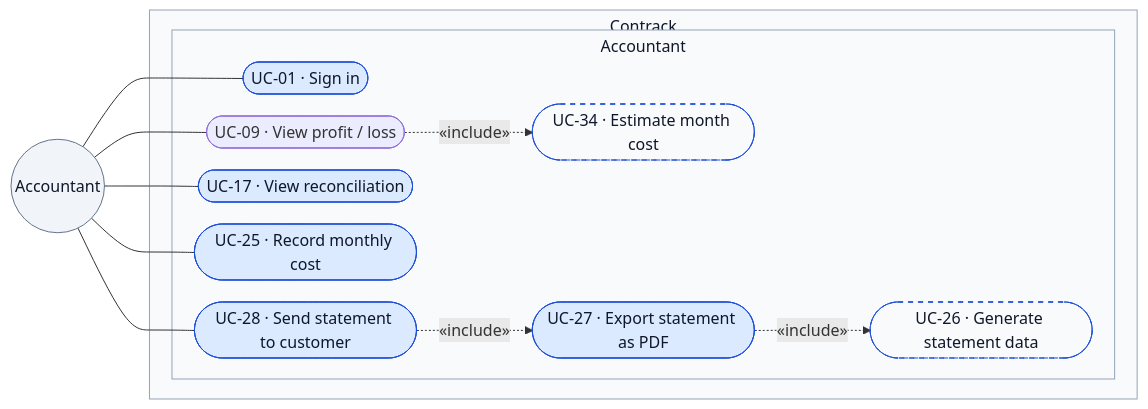
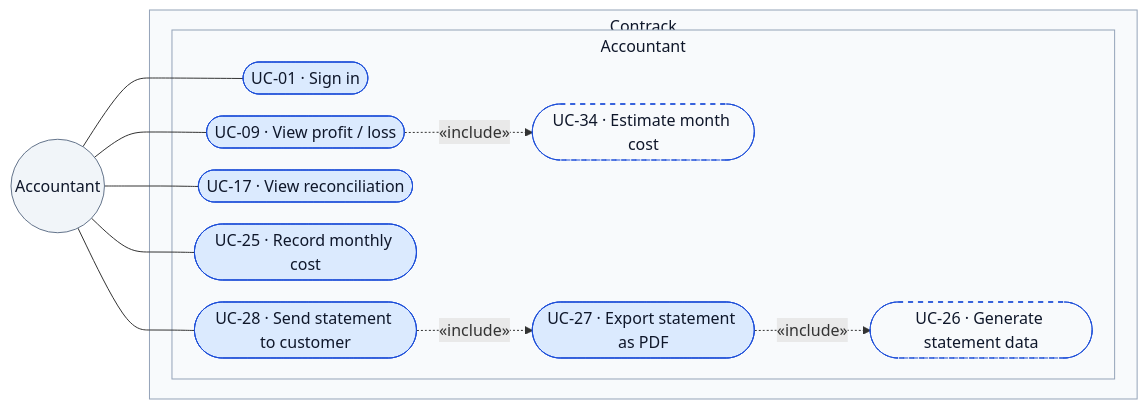
One commit to dDxCg/contrack changed the fourth of 7 diagrams in docs/01-requirements-analysis.md. Above: the diagram before and after it, drawn with Mermaid. The commit also changed other lines of this file and 2 other files, not shown here.

Commit message:
redraw use case diagrams

````diff
--- a/docs/01-requirements-analysis.md
+++ b/docs/01-requirements-analysis.md
@@ -276,44 +243,44 @@
 ```mermaid
 ---
 config:
   flowchart:
     nodeSpacing: 22
     rankSpacing: 45
     padding: 8
     subGraphTitleMargin: { top: 4, bottom: 4 }
 ---
 flowchart LR
     Accountant((Accountant))
 
     subgraph Contrack["Contrack"]
         subgraph AccountantBox["Accountant"]
             A_Login(["UC-01 · Sign in"])
             A_ProfitLoss(["UC-09 · View profit / loss"])
             A_Reconcile(["UC-17 · View reconciliation"])
             A_Cost(["UC-25 · Record monthly cost"])
             A_Send(["UC-28 · Send statement to customer"])
             SYS_Estimate(["UC-34 · Estimate month cost"])
             A_Export(["UC-27 · Export statement as PDF"])
             A_StmtData(["UC-26 · Generate statement data"])
         end
     end
 
     classDef box fill:#f8fafc,stroke:#94a3b8,color:#0f172a
     classDef actor fill:#f1f5f9,stroke:#64748b,color:#0f172a
     classDef uc fill:#dbeafe,stroke:#1d4ed8,color:#0f172a
     classDef inc fill:#f8fafc,stroke:#1d4ed8,color:#0f172a,stroke-dasharray: 5 5
     class Contrack,AccountantBox box
     class Accountant actor
-    class A_Login,A_Reconcile,A_Cost,A_Export,A_Send uc
+    class A_Login,A_ProfitLoss,A_Reconcile,A_Cost,A_Export,A_Send uc
     class A_StmtData,SYS_Estimate inc
 
     Accountant --- A_Login
     Accountant --- A_ProfitLoss
     Accountant --- A_Reconcile
     Accountant --- A_Cost
     Accountant --- A_Send
 
     A_ProfitLoss -.->|"&laquo;include&raquo;"| SYS_Estimate
     A_Send -.->|"&laquo;include&raquo;"| A_Export
     A_Export -.->|"&laquo;include&raquo;"| A_StmtData
 ```
````
